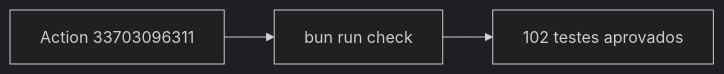
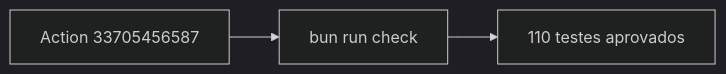
Before and after one commit to renansko/jugle-gaming-test: the seventh of 7 diagrams in evidencias/testes-unitarios.md, drawn with Mermaid (dark theme). The commit also changed other lines of this file and 6 other files, not shown here.

````diff
--- a/evidencias/testes-unitarios.md
+++ b/evidencias/testes-unitarios.md
@@ -83,5 +83,5 @@
 ```mermaid
 flowchart LR
-    Action["Action 33703096311"] --> Command["bun run check"]
-    Command --> Result["102 testes aprovados"]
+    Action["Action 33705456587"] --> Command["bun run check"]
+    Command --> Result["110 testes aprovados"]
 ```
````
